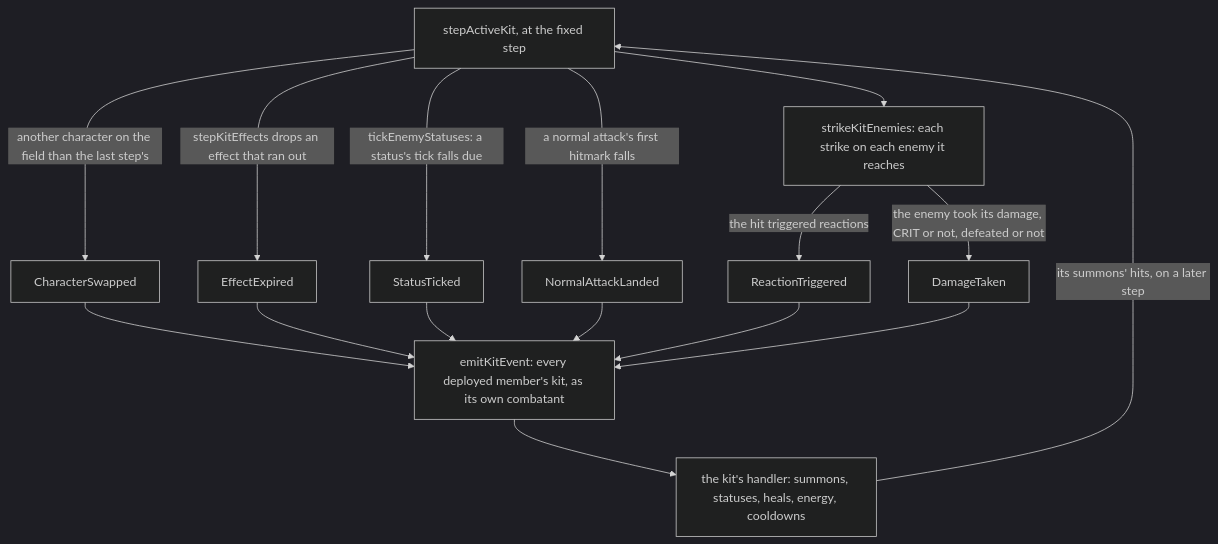
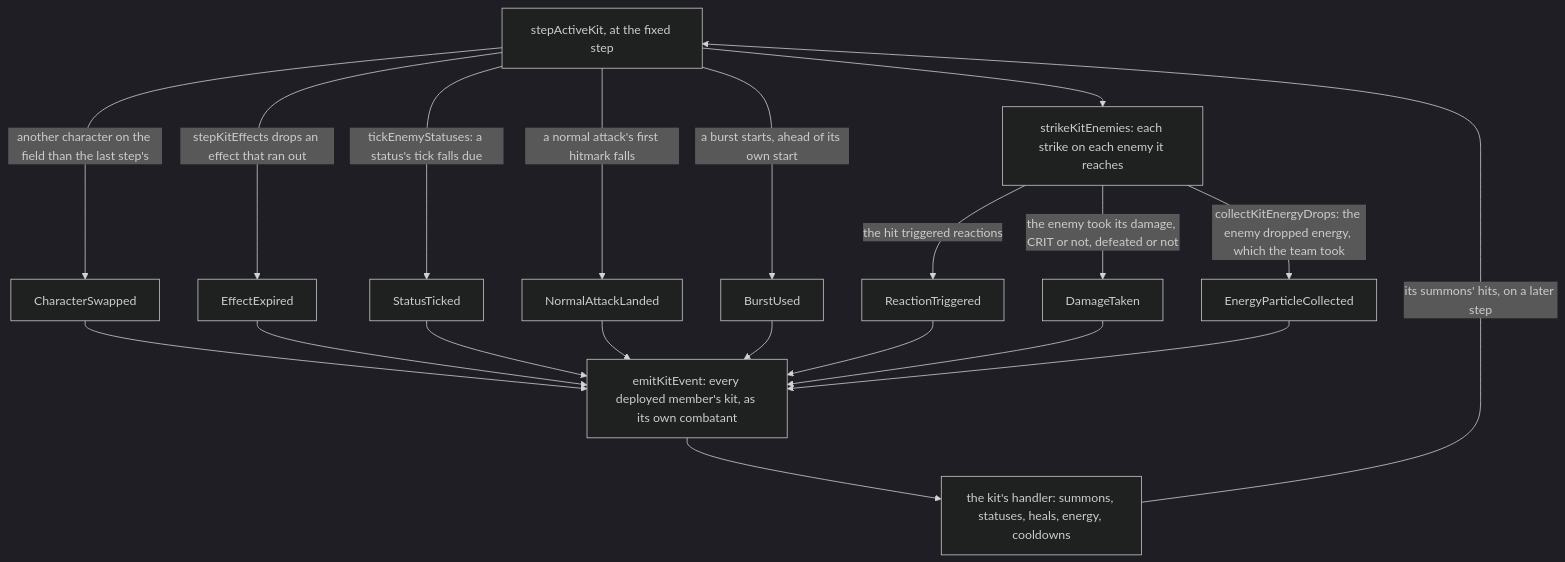
The third of 3 diagrams in apps/web/content/docs/genshin/kits/index.md (Esposter/Esposter), drawn with Mermaid (dark theme) before and after one commit. The commit also changed other lines of this file and 11 other files, not shown here.

First line of the commit message:
feat(genshin-world): a burst used and an energy particle collected are kit events, sent where the burst starts and where a drop reaches the team

````diff
--- a/apps/web/content/docs/genshin/kits/index.md
+++ b/apps/web/content/docs/genshin/kits/index.md
@@ -69,18 +69,22 @@
 ```mermaid
 flowchart TD
   STEP["stepActiveKit, at the fixed step"] -->|"another character on the field than the last step's"| SWAP["CharacterSwapped"]
   STEP -->|"stepKitEffects drops an effect that ran out"| EXPIRED["EffectExpired"]
   STEP -->|"tickEnemyStatuses: a status's tick falls due"| TICK["StatusTicked"]
   STEP -->|"a normal attack's first hitmark falls"| LANDED["NormalAttackLanded"]
+  STEP -->|"a burst starts, ahead of its own start"| BURST["BurstUsed"]
   STEP --> STRIKES["strikeKitEnemies: each strike on each enemy it reaches"]
   STRIKES -->|"the hit triggered reactions"| REACTION["ReactionTriggered"]
   STRIKES -->|"the enemy took its damage, CRIT or not, defeated or not"| DAMAGE["DamageTaken"]
+  STRIKES -->|"collectKitEnergyDrops: the enemy dropped energy, which the team took"| PARTICLE["EnergyParticleCollected"]
   SWAP --> EMIT["emitKitEvent: every deployed member's kit, as its own combatant"]
   EXPIRED --> EMIT
   TICK --> EMIT
   LANDED --> EMIT
+  BURST --> EMIT
   REACTION --> EMIT
   DAMAGE --> EMIT
+  PARTICLE --> EMIT
   EMIT --> EFFECTS["the kit's handler: summons, statuses, heals, energy, cooldowns"]
   EFFECTS -->|"its summons' hits, on a later step"| STEP
 ```
````
